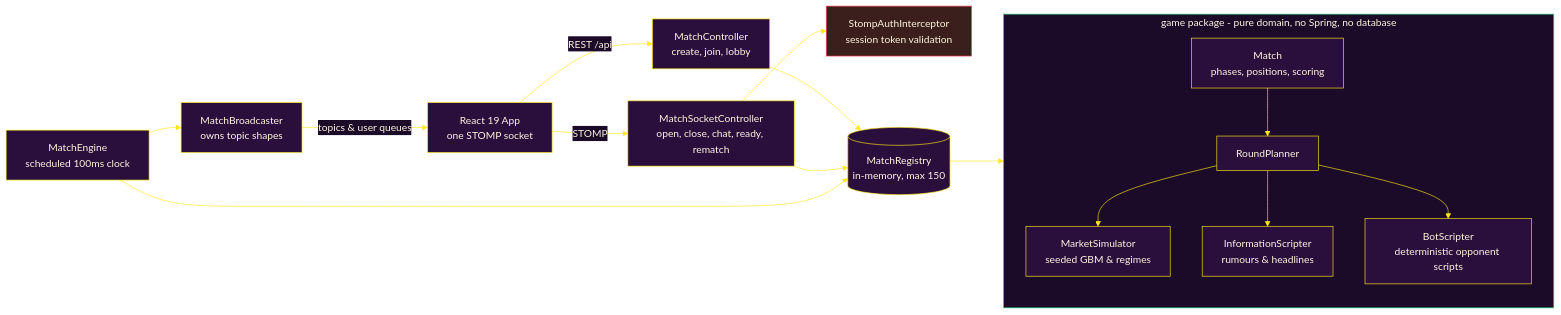
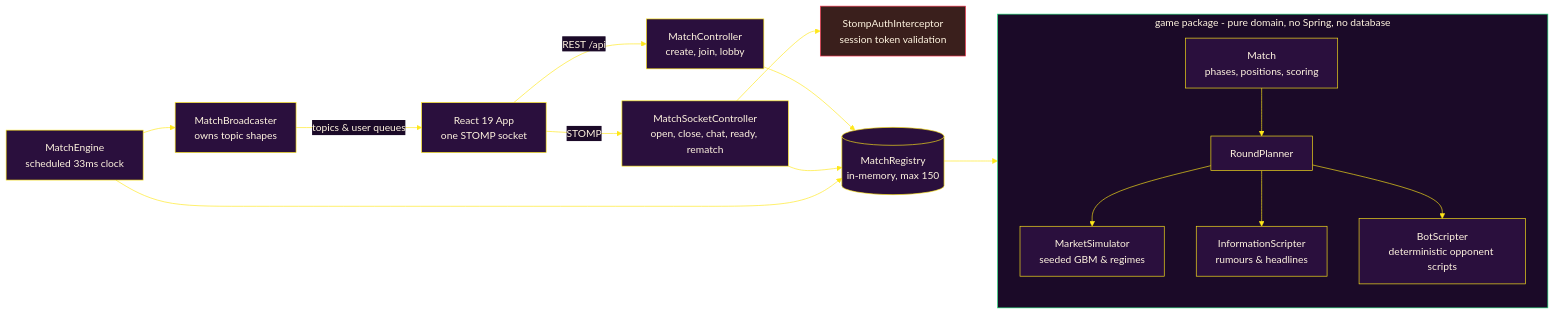
One commit to pushkqr/stonk-royale changed the second of 2 diagrams in README.md. Above: the diagram before and after it, drawn with Mermaid. The commit also changed other lines of this file and 5 other files, not shown here.

````diff
--- a/README.md
+++ b/README.md
@@ -70,32 +71,32 @@
 ```mermaid
 %%{init: {'theme':'base','themeVariables':{'primaryColor':'#2A0F3D','primaryTextColor':'#FFF4E0','primaryBorderColor':'#FFE81A','lineColor':'#FFE81A','clusterBkg':'#1B0A28','clusterBorder':'#9E7EBB','edgeLabelBackground':'#1B0A28','nodeTextColor':'#FFF4E0'}}}%%
 flowchart LR
     UI["React 19 App<br/>one STOMP socket"]
     API["MatchController<br/>create, join, lobby"]
     SC["MatchSocketController<br/>open, close, chat, ready, rematch"]
     AUTH["StompAuthInterceptor<br/>session token validation"]
     BC["MatchBroadcaster<br/>owns topic shapes"]
-    ENG["MatchEngine<br/>scheduled 100ms clock"]
+    ENG["MatchEngine<br/>scheduled 33ms clock"]
     REG[("MatchRegistry<br/>in-memory, max 150")]
 
     UI -->|"REST /api"| API
     UI -->|"STOMP"| SC
     SC --> AUTH
     API --> REG
     SC --> REG
     ENG --> REG
     ENG --> BC
     BC -->|"topics & user queues"| UI
     REG --> M
 
     subgraph GAME["game package - pure domain, no Spring, no database"]
         direction TB
         M["Match<br/>phases, positions, scoring"] --> RP["RoundPlanner"]
         RP --> SIM["MarketSimulator<br/>seeded GBM & regimes"]
         RP --> INFO["InformationScripter<br/>rumours & headlines"]
         RP --> BOTS["BotScripter<br/>deterministic opponent scripts"]
     end
 
     style AUTH fill:#3A1F1C,stroke:#FF3B54,color:#FFF4E0
     style GAME fill:#1B0A28,stroke:#21E07A,color:#FFF4E0
 ```
````
